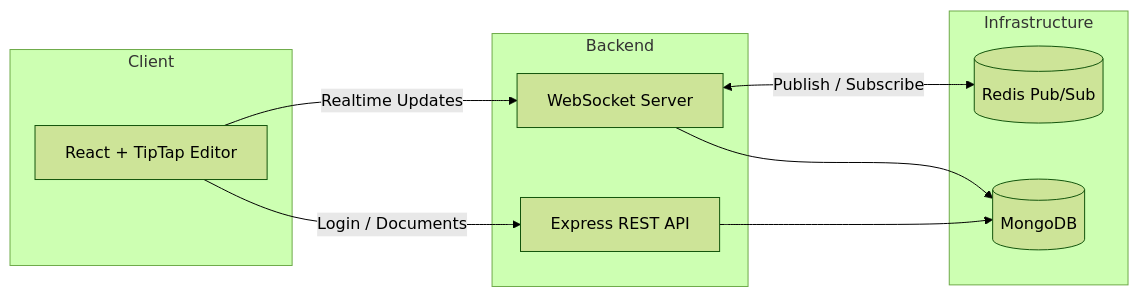
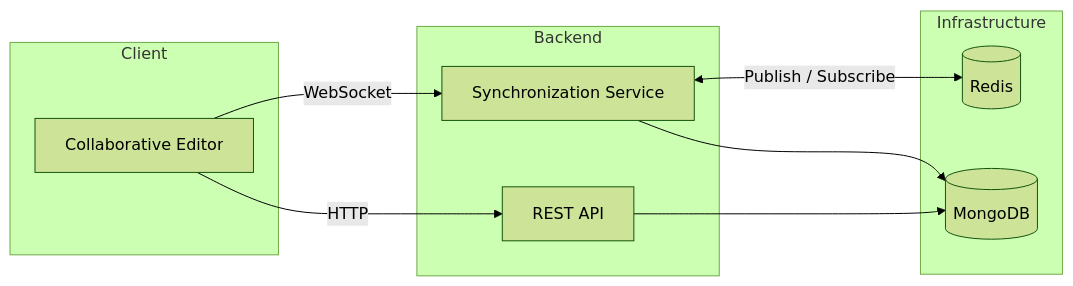
Before and after one commit to Abhijayapal/collaborative-document-editor: the first of 3 diagrams in README.md, drawn with Mermaid (forest theme). The commit also changed other lines of this file, not shown here.

````diff
--- a/README.md
+++ b/README.md
@@ -96,27 +63,35 @@
 ```mermaid
 flowchart LR
 
 subgraph Client
-A[React + TipTap Editor]
+
+A[Collaborative Editor]
+
 end
 
 subgraph Backend
-B[Express REST API]
-C[WebSocket Server]
+
+B[REST API]
+
+C[Synchronization Service]
+
 end
 
 subgraph Infrastructure
-D[(Redis Pub/Sub)]
+
+D[(Redis)]
+
 E[(MongoDB)]
+
 end
 
-A -->|Login / Documents| B
+A -->|HTTP| B
 
-A -->|Realtime Updates| C
+A -->|WebSocket| C
 
 C <-->|Publish / Subscribe| D
 
 B --> E
 
 C --> E
 ```
````
